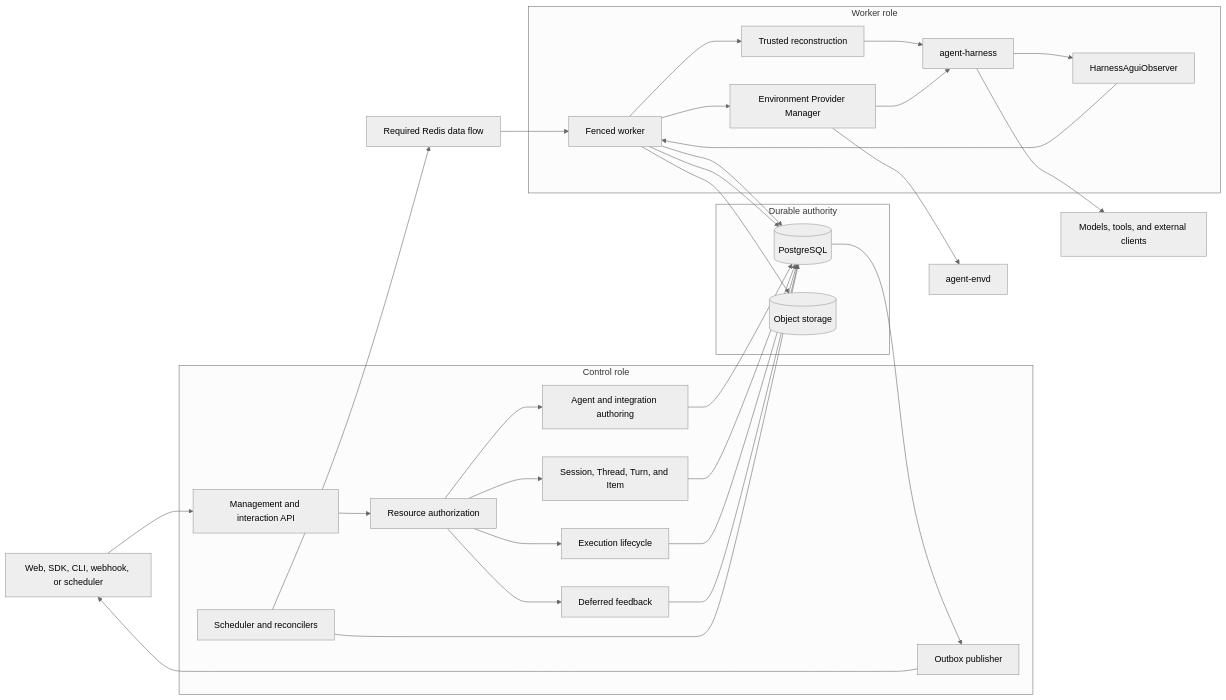
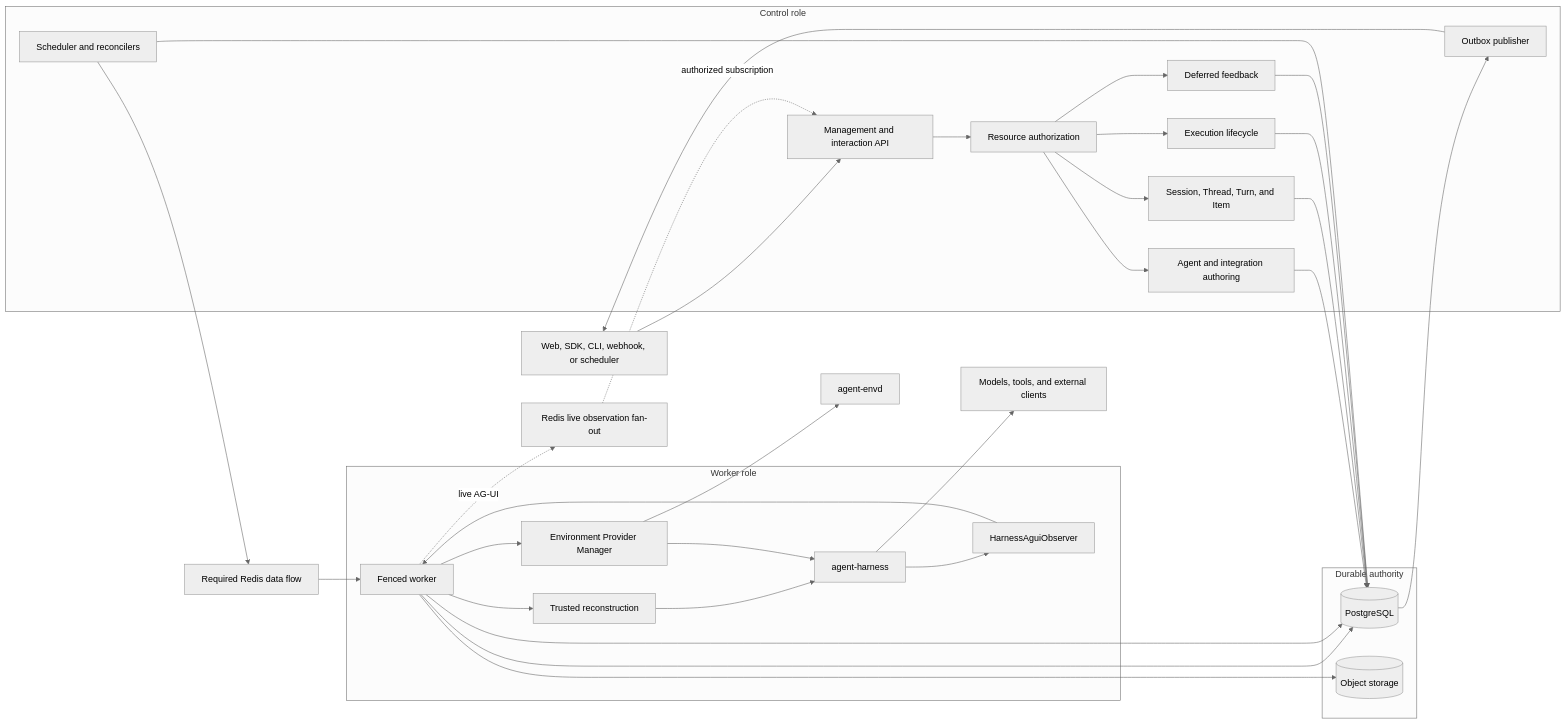
One commit to converge-ai-labs/agent-foundation changed the first of 3 diagrams in spec/foundation-service/00-overview.md. Above: the diagram before and after it, drawn with Mermaid (neutral theme). The commit also changed other lines of this file and 8 other files, not shown here.

````diff
--- a/spec/foundation-service/00-overview.md
+++ b/spec/foundation-service/00-overview.md
@@ -13,47 +13,49 @@
 ```mermaid
 flowchart LR
     Client[Web, SDK, CLI, webhook, or scheduler]
 
     subgraph Control[Control role]
         API[Management and interaction API]
         Auth[Resource authorization]
         Authoring[Agent and integration authoring]
         Interaction[Session, Thread, Turn, and Item]
         Lifecycle[Execution lifecycle]
         Scheduler[Scheduler and reconcilers]
         Feedback[Deferred feedback]
         Publisher[Outbox publisher]
     end
 
     subgraph Durable[Durable authority]
         Database[(PostgreSQL)]
         Objects[(Object storage)]
     end
 
     Coordination[Required Redis data flow]
+    LiveBus[Redis live observation fan-out]
 
     subgraph WorkerRole[Worker role]
         Worker[Fenced worker]
         Reconstruct[Trusted reconstruction]
         Provider[Environment Provider Manager]
         Observer[HarnessAguiObserver]
         Harness[agent-harness]
     end
 
     Envd[agent-envd]
     External[Models, tools, and external clients]
 
     Client --> API --> Auth
     Auth --> Authoring & Interaction & Lifecycle & Feedback
     Authoring & Interaction & Lifecycle & Feedback --> Database
     Scheduler --> Database
     Scheduler --> Coordination --> Worker
     Worker --> Database
     Worker --> Reconstruct --> Harness
     Worker --> Provider --> Harness
     Provider --> Envd
     Harness --> External
     Harness --> Observer --> Worker
+    Worker -. live AG-UI .-> LiveBus -. authorized subscription .-> API
     Worker --> Database & Objects
     Database --> Publisher --> Client
 ```
````
